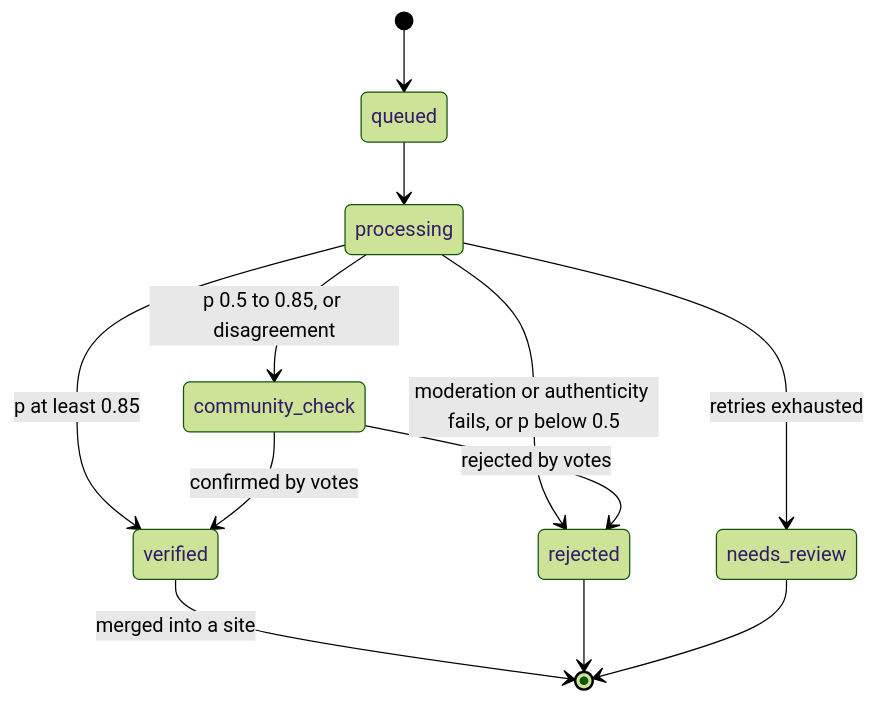
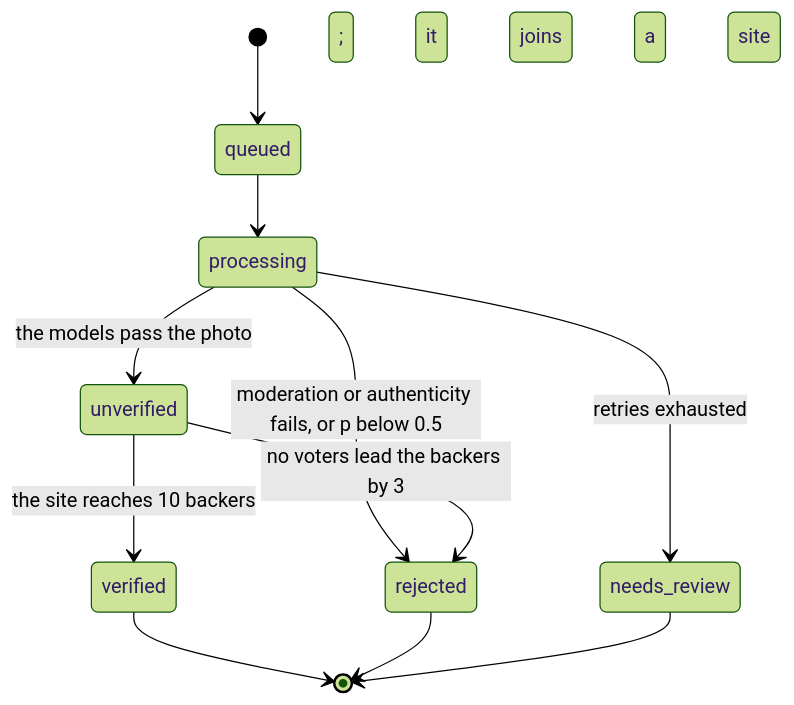
Before and after one commit to Girish-Garg/JunkSnap: the second of 2 diagrams in docs/architecture.md, drawn with Mermaid (forest theme). The commit also changed other lines of this file and 87 other files, not shown here.

First line of the commit message:
Sites: on the map from the first passed photo, verified when 10 people back it (#95)

````diff
--- a/docs/architecture.md
+++ b/docs/architecture.md
@@ -99,14 +99,13 @@
 ```mermaid
 stateDiagram-v2
   [*] --> queued
   queued --> processing
   processing --> rejected: moderation or authenticity fails, or p below 0.5
-  processing --> verified: p at least 0.85
-  processing --> community_check: p 0.5 to 0.85, or disagreement
+  processing --> unverified: the models pass the photo; it joins a site
   processing --> needs_review: retries exhausted
-  community_check --> verified: confirmed by votes
-  community_check --> rejected: rejected by votes
-  verified --> [*]: merged into a site
+  unverified --> verified: the site reaches 10 backers
+  unverified --> rejected: no voters lead the backers by 3
+  verified --> [*]
   rejected --> [*]
   needs_review --> [*]
 ```
````
